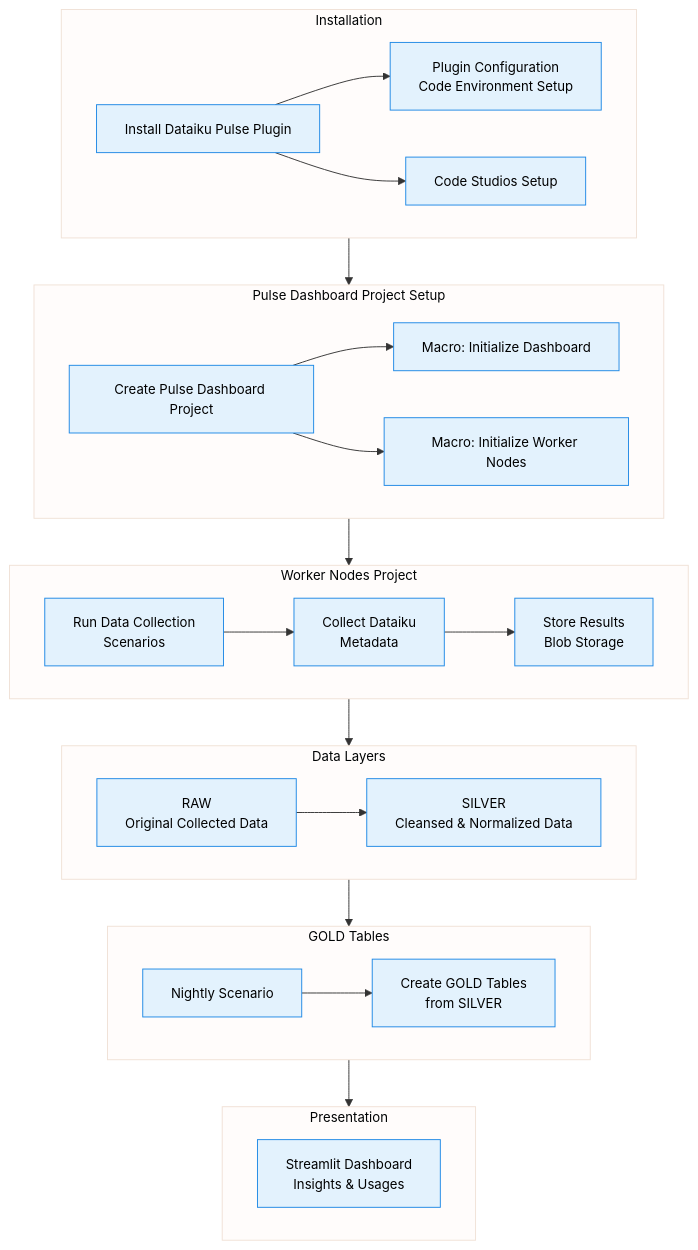
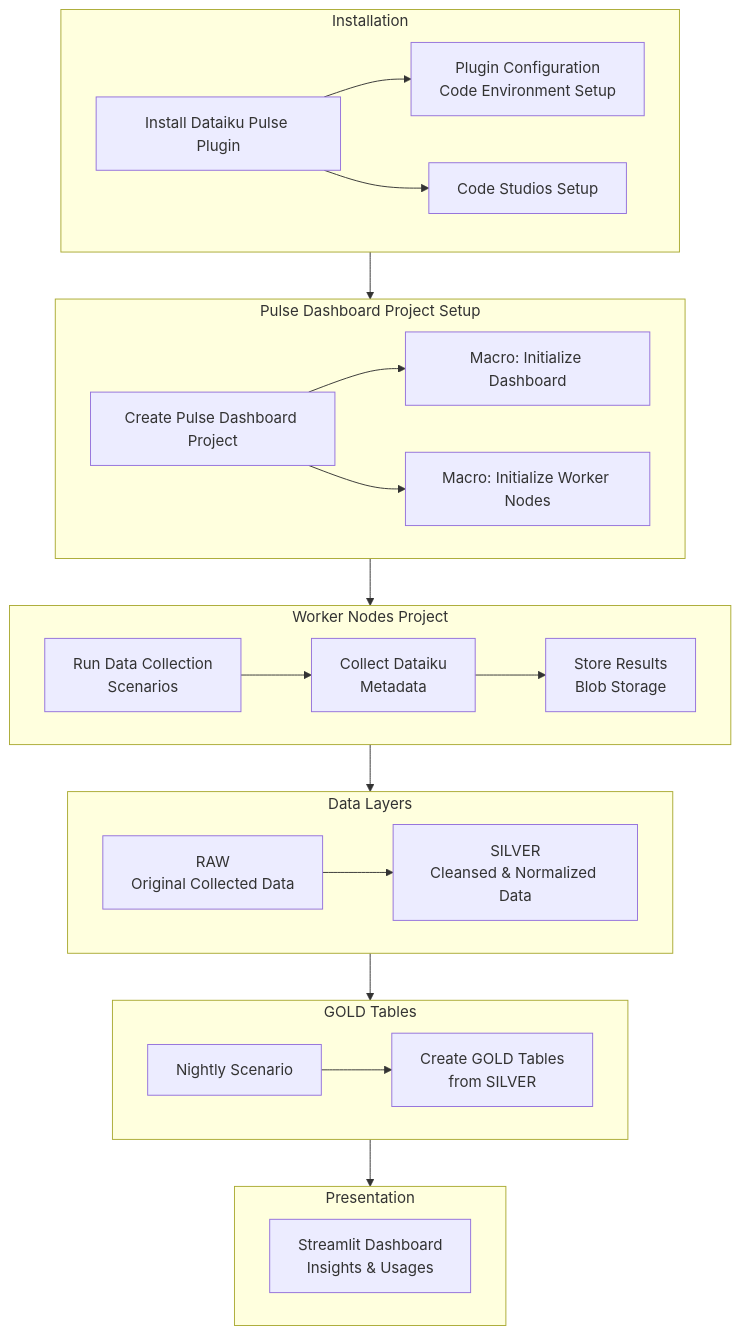
The diagram in docs/Process Flow.md (dataiku/dss-plugin-dataiku-pulse), drawn with Mermaid before and after one commit.

Commit message:
Edited file 'docs/Process Flow.md'

````diff
--- a/docs/Process Flow.md
+++ b/docs/Process Flow.md
@@ -3,15 +3,4 @@
 ```mermaid
-%%{init: {
-  'theme': 'base',
-  'themeVariables': {
-    'background': '#ffffff',
-    'primaryColor': '#E3F2FD',
-    'primaryTextColor': '#000000',
-    'primaryBorderColor': '#1E88E5',
-    'lineColor': '#333333',
-    'fontSize': '14px'
-  }
-}}%%
 
 flowchart TD
 
````
